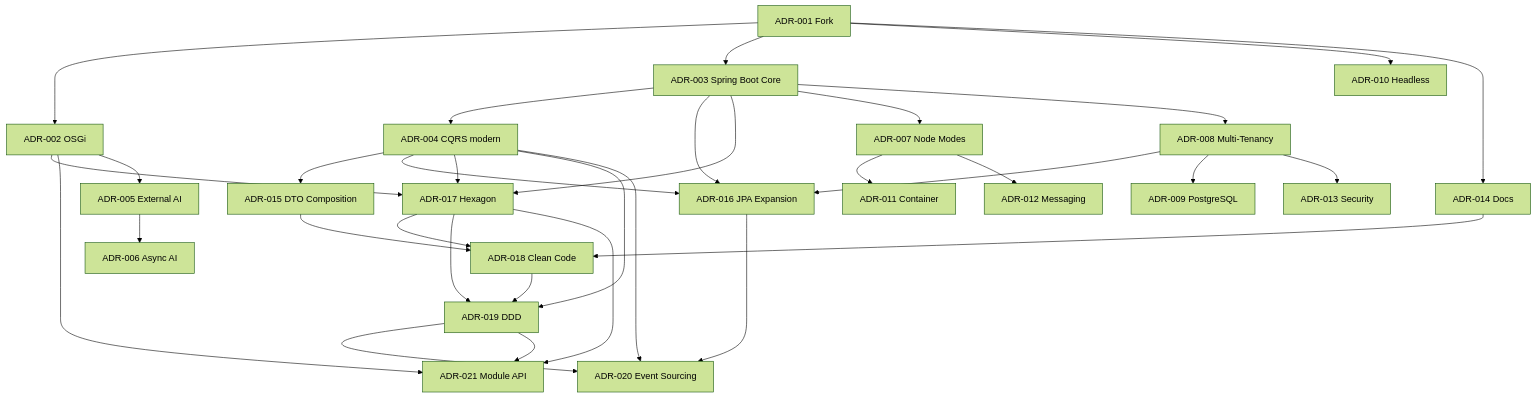
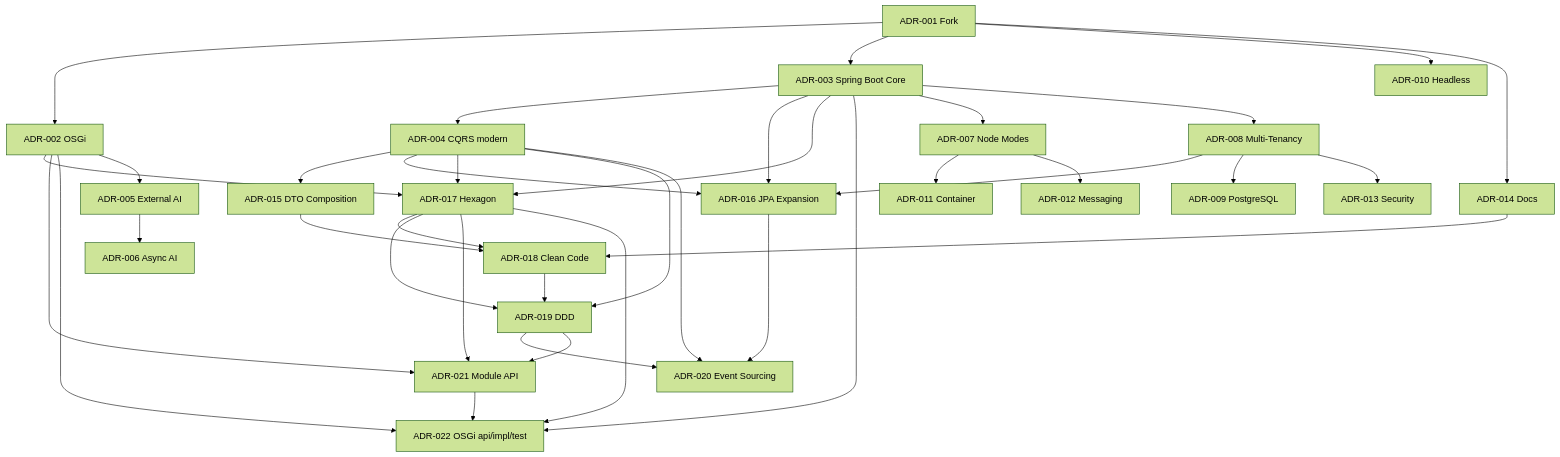
One commit to RainerMaxWallscheid/fineract-osgi changed the diagram in docs/arc42/08_design_decisions.md. Above: the diagram before and after it, drawn with Mermaid (forest theme). The commit also changed other lines of this file and 71 other files, not shown here.

First line of the commit message:
Split fineract-command into OSGi api/impl/test bundles (ADR-022).

````diff
--- a/docs/arc42/08_design_decisions.md
+++ b/docs/arc42/08_design_decisions.md
@@ -48,35 +49,39 @@
 ```mermaid
 flowchart TB
     ADR001[ADR-001 Fork] --> ADR002[ADR-002 OSGi]
     ADR001 --> ADR003[ADR-003 Spring Boot Core]
     ADR003 --> ADR004[ADR-004 CQRS modern]
     ADR004 --> ADR015[ADR-015 DTO Composition]
     ADR003 --> ADR016[ADR-016 JPA Expansion]
     ADR004 --> ADR016
     ADR008 --> ADR016
     ADR003 --> ADR017[ADR-017 Hexagon]
     ADR002 --> ADR017
     ADR004 --> ADR017
     ADR017 --> ADR018[ADR-018 Clean Code]
     ADR015 --> ADR018
     ADR014 --> ADR018
     ADR004 --> ADR019[ADR-019 DDD]
     ADR017 --> ADR019
     ADR018 --> ADR019
     ADR004 --> ADR020[ADR-020 Event Sourcing]
     ADR016 --> ADR020
     ADR019 --> ADR020
     ADR017 --> ADR021[ADR-021 Module API]
     ADR019 --> ADR021
     ADR002 --> ADR021
+    ADR002 --> ADR022[ADR-022 OSGi api/impl/test]
+    ADR003 --> ADR022
+    ADR021 --> ADR022
+    ADR017 --> ADR022
     ADR002 --> ADR005[ADR-005 External AI]
     ADR005 --> ADR006[ADR-006 Async AI]
     ADR003 --> ADR007[ADR-007 Node Modes]
     ADR003 --> ADR008[ADR-008 Multi-Tenancy]
     ADR008 --> ADR009[ADR-009 PostgreSQL]
     ADR001 --> ADR010[ADR-010 Headless]
     ADR007 --> ADR011[ADR-011 Container]
     ADR007 --> ADR012[ADR-012 Messaging]
     ADR008 --> ADR013[ADR-013 Security]
     ADR001 --> ADR014[ADR-014 Docs]
 ```
````
